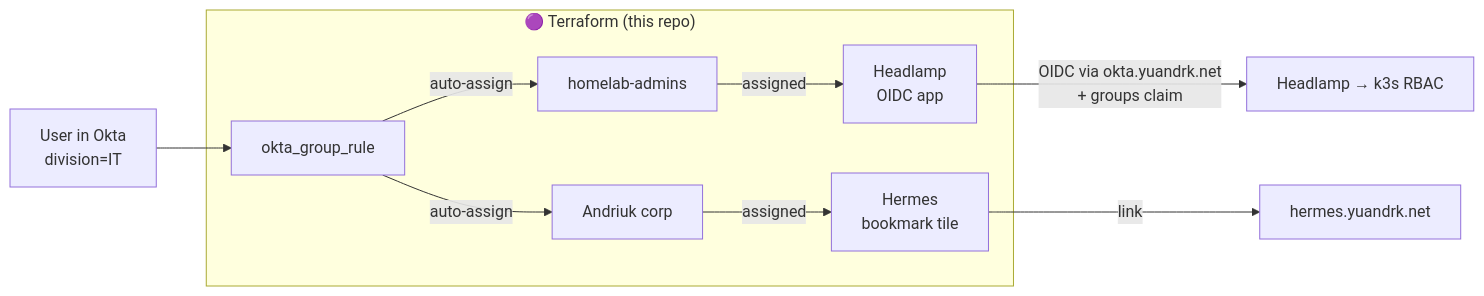
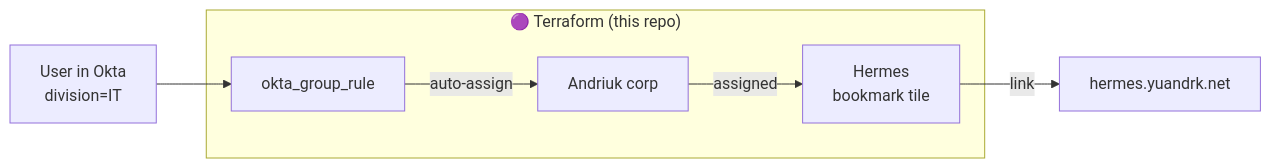
Before and after one commit to yuandrk/okta-gitops: the diagram in README.md, drawn with Mermaid. The commit also changed other lines of this file and 9 other files, not shown here.

First line of the commit message:
feat!: retire Headlamp (Okta app + homelab-admins group) (#17)

````diff
--- a/README.md
+++ b/README.md
@@ -35,18 +33,13 @@
 ```mermaid
 flowchart LR
     U[User in Okta<br/>division=IT] --> R[okta_group_rule]
-    R -->|auto-assign| G1[homelab-admins]
     R -->|auto-assign| G2[Andriuk corp]
-    G1 -->|assigned| A[Headlamp<br/>OIDC app]
     G2 -->|assigned| B[Hermes<br/>bookmark tile]
-    A -->|OIDC via okta.yuandrk.net<br/>+ groups claim| H[Headlamp → k3s RBAC]
     B -->|link| HD[hermes.yuandrk.net]
 
     subgraph TF["🟣 Terraform (this repo)"]
         R
-        G1
         G2
-        A
         B
     end
 ```
````
